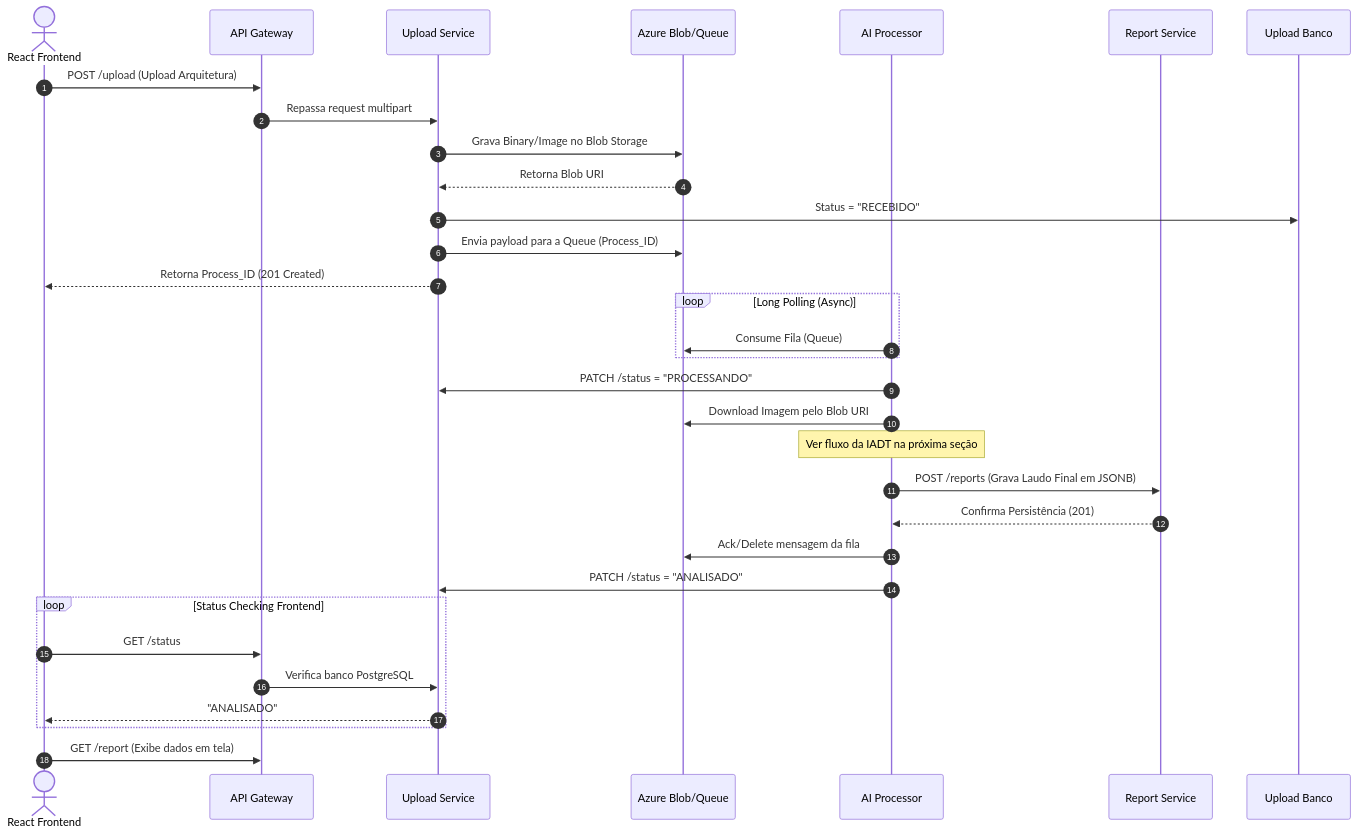
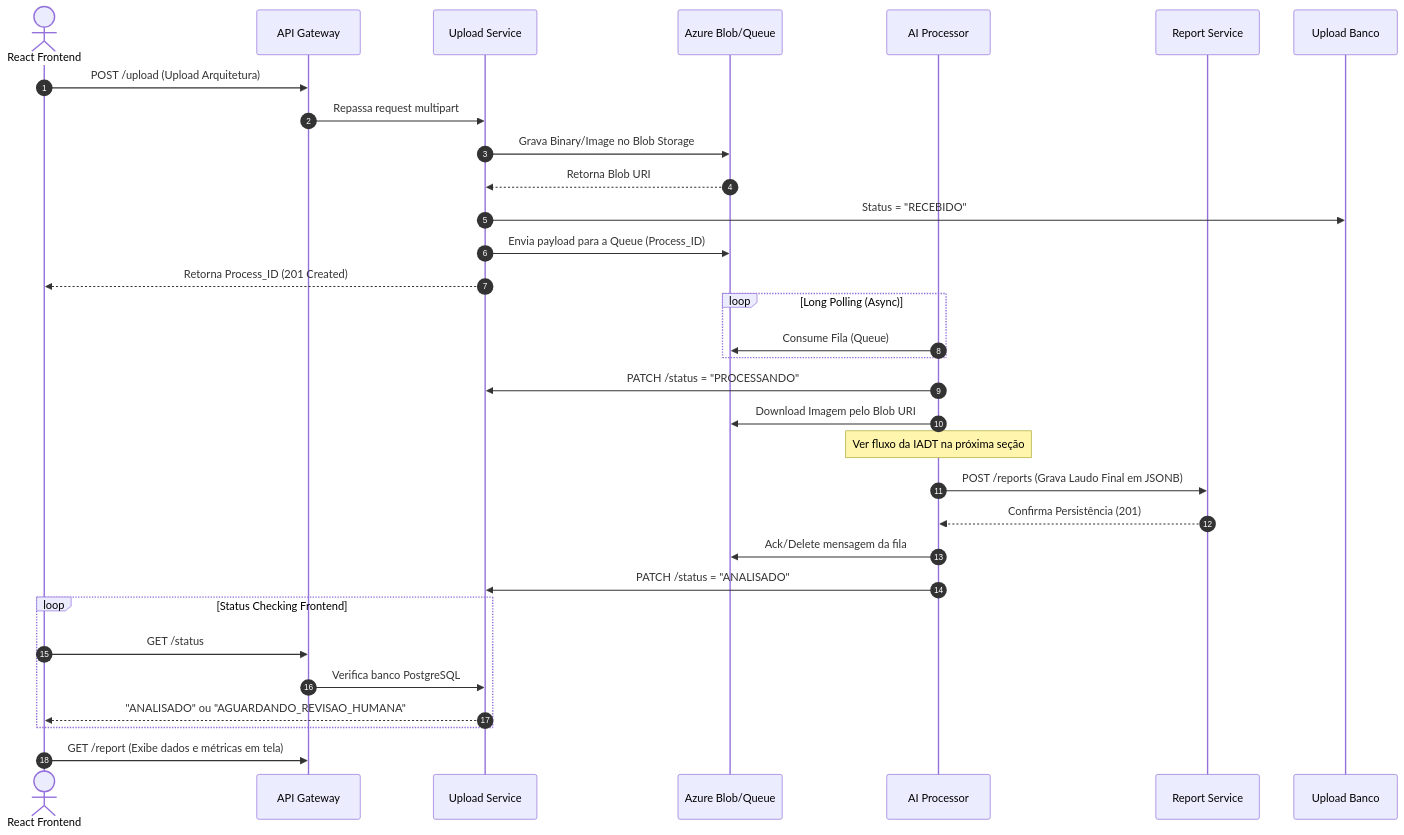
The first of 2 diagrams in docs/ARCHITECTURE.md (Ferstuque/Hackathon-FIAP), drawn with Mermaid before and after one commit. The commit also changed other lines of this file and 1 other file, not shown here.

Commit message:
docs: align architecture documentation with latest specs and fix untracked elements

````diff
--- a/docs/ARCHITECTURE.md
+++ b/docs/ARCHITECTURE.md
@@ -16,38 +16,38 @@
 ```mermaid
 sequenceDiagram
     autonumber
     actor Cliente as React Frontend
     participant Gateway as API Gateway
     participant Upload as Upload Service
     participant Azure as Azure Blob/Queue
     participant Agent as AI Processor
     participant Report as Report Service
     
     Cliente->>Gateway: POST /upload (Upload Arquitetura)
     Gateway->>Upload: Repassa request multipart
     Upload->>Azure: Grava Binary/Image no Blob Storage
     Azure-->>Upload: Retorna Blob URI
     Upload->>Upload Banco: Status = "RECEBIDO"
     Upload->>Azure: Envia payload para a Queue (Process_ID)
     Upload-->>Cliente: Retorna Process_ID (201 Created)
     
     loop Long Polling (Async)
         Agent->>Azure: Consume Fila (Queue)
     end
     
     Agent->>Upload: PATCH /status = "PROCESSANDO"
     Agent->>Azure: Download Imagem pelo Blob URI
     Note over Agent: Ver fluxo da IADT na próxima seção
     Agent->>Report: POST /reports (Grava Laudo Final em JSONB)
     Report-->>Agent: Confirma Persistência (201)
     Agent->>Azure: Ack/Delete mensagem da fila
     Agent->>Upload: PATCH /status = "ANALISADO"
     
     loop Status Checking Frontend
         Cliente->>Gateway: GET /status
         Gateway->>Upload: Verifica banco PostgreSQL
-        Upload-->>Cliente: "ANALISADO"
+        Upload-->>Cliente: "ANALISADO" ou "AGUARDANDO_REVISAO_HUMANA"
     end
     
-    Cliente->>Gateway: GET /report (Exibe dados em tela)
+    Cliente->>Gateway: GET /report (Exibe dados e métricas em tela)
 ```
````
